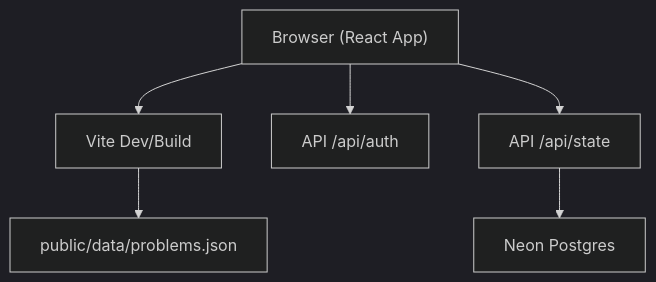
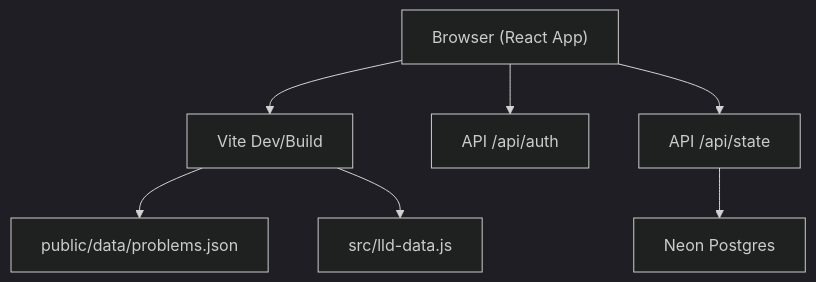
Before and after one commit to iamrituraj/DSA-Tracker: the first of 7 diagrams in .qoder/repowiki/en/content/Frontend Application/Application Architecture.md, drawn with Mermaid (dark theme). The commit also changed other lines of this file and 15 other files, not shown here.

First line of the commit message:
Upgrade LLD Lab to SDE-2 depth with UML and playground sims

````diff
--- a/.qoder/repowiki/en/content/Frontend Application/Application Architecture.md
+++ b/.qoder/repowiki/en/content/Frontend Application/Application Architecture.md
@@ -31,14 +41,16 @@
 ```mermaid
 graph TB
 Client["Browser (React App)"]
 Vite["Vite Dev/Build"]
 Problems["public/data/problems.json"]
+LLDContent["src/lld-data.js"]
 API_Auth["API /api/auth"]
 API_State["API /api/state"]
 DB["Neon Postgres"]
 Client --> Vite
 Vite --> Problems
+Vite --> LLDContent
 Client --> API_Auth
 Client --> API_State
 API_State --> DB
 ```
````
